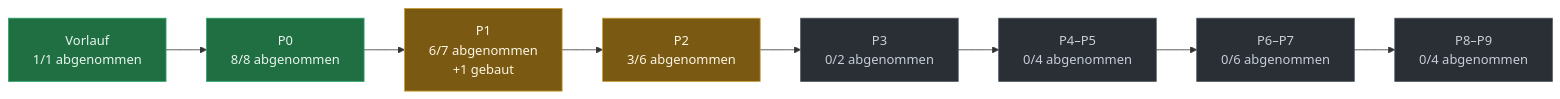
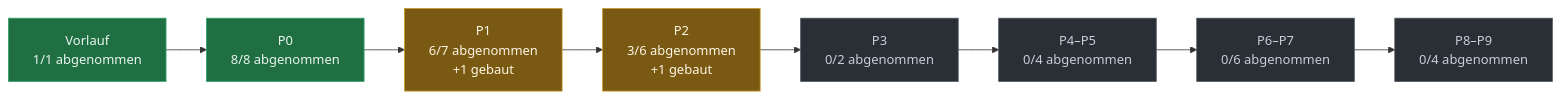
Before and after one commit to evenacadia-tech/Nakama: the diagram in docs/PLAN-STAND.md, drawn with Mermaid. The commit also changed other lines of this file, not shown here.

````diff
--- a/docs/PLAN-STAND.md
+++ b/docs/PLAN-STAND.md
@@ -35,21 +37,21 @@
 ```mermaid
 flowchart LR
   P0["Vorlauf<br/>1/1 abgenommen"]:::fertig
   P1["P0<br/>8/8 abgenommen"]:::fertig
   P0 --> P1
   P2["P1<br/>6/7 abgenommen<br/>+1 gebaut"]:::laeuft
   P1 --> P2
-  P3["P2<br/>3/6 abgenommen"]:::laeuft
+  P3["P2<br/>3/6 abgenommen<br/>+1 gebaut"]:::laeuft
   P2 --> P3
   P4["P3<br/>0/2 abgenommen"]:::offen
   P3 --> P4
   P5["P4–P5<br/>0/4 abgenommen"]:::offen
   P4 --> P5
   P6["P6–P7<br/>0/6 abgenommen"]:::offen
   P5 --> P6
   P7["P8–P9<br/>0/4 abgenommen"]:::offen
   P6 --> P7
   classDef fertig fill:#1f6f43,stroke:#2ea36a,color:#eaf6ef
   classDef laeuft fill:#7a5a12,stroke:#c99a2e,color:#fdf6e6
   classDef offen  fill:#2a2f36,stroke:#4a525c,color:#c7ced8
 ```
````
